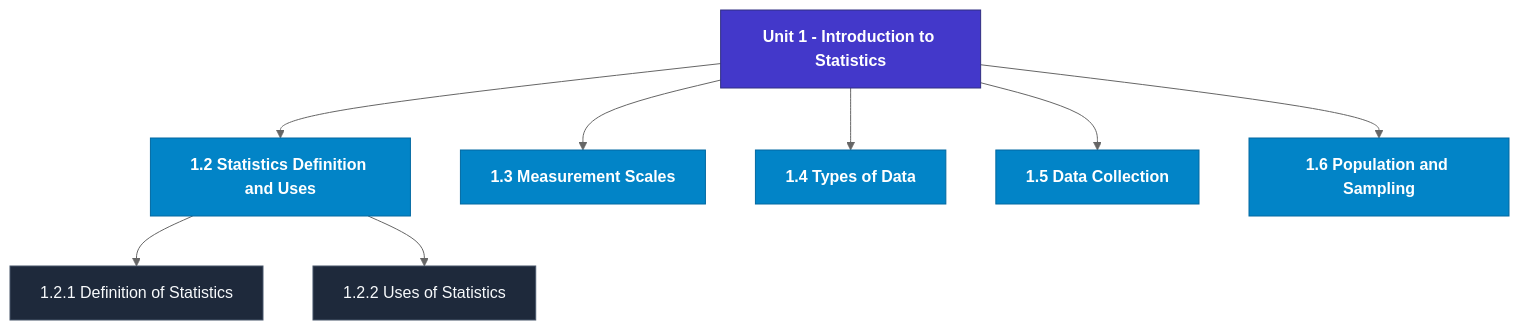
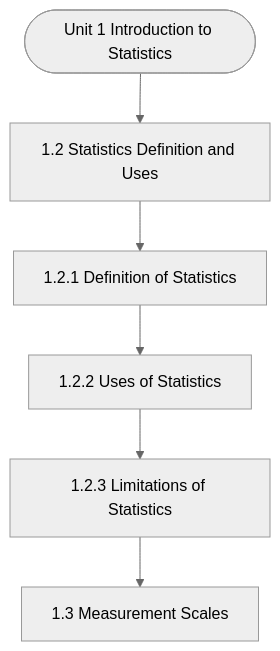
Before and after one commit to Asutosh-Coaching/mscdsa: the diagram in notes/Semester_2/MCS-066_Mathematical_Foundations_-_II/unit_01_Introduction_to_Statistics.md, drawn with Mermaid (neutral theme). The commit also changed other lines of this file and 115 other files, not shown here.

Commit message:
Fix Mermaid layout for mobile, isolate LaTeX delimiters, and add GitHub Pages reader

````diff
--- a/notes/Semester_2/MCS-066_Mathematical_Foundations_-_II/unit_01_Introduction_to_Statistics.md
+++ b/notes/Semester_2/MCS-066_Mathematical_Foundations_-_II/unit_01_Introduction_to_Statistics.md
@@ -19,23 +19,14 @@
 ```mermaid
 flowchart TD
-  %% Styling Definitions
-  classDef head fill:#4338ca,stroke:#312e81,color:#ffffff,font-weight:bold;
-  classDef topic fill:#0284c7,stroke:#0369a1,color:#ffffff,font-weight:600;
-  classDef sub fill:#1e293b,stroke:#475569,color:#f8fafc;
-
-  Root["Unit 1 - Introduction to Statistics"]:::head
-  M1["1.2 Statistics Definition and Uses"]:::topic
-  Root --> M1
-  M1_1["1.2.1 Definition of Statistics"]:::sub
-  M1 --> M1_1
-  M1_2["1.2.2 Uses of Statistics"]:::sub
-  M1 --> M1_2
-  M2["1.3 Measurement Scales"]:::topic
-  Root --> M2
-  M3["1.4 Types of Data"]:::topic
-  Root --> M3
-  M4["1.5 Data Collection"]:::topic
-  Root --> M4
-  M5["1.6 Population and Sampling"]:::topic
-  Root --> M5
+  Start(["Unit 1 Introduction to Statistics"])
+  N1["1.2 Statistics Definition and Uses"]
+  N2["1.2.1 Definition of Statistics"]
+  N3["1.2.2 Uses of Statistics"]
+  N4["1.2.3 Limitations of Statistics"]
+  N5["1.3 Measurement Scales"]
+  Start --> N1
+  N1 --> N2
+  N2 --> N3
+  N3 --> N4
+  N4 --> N5
 ```
````
